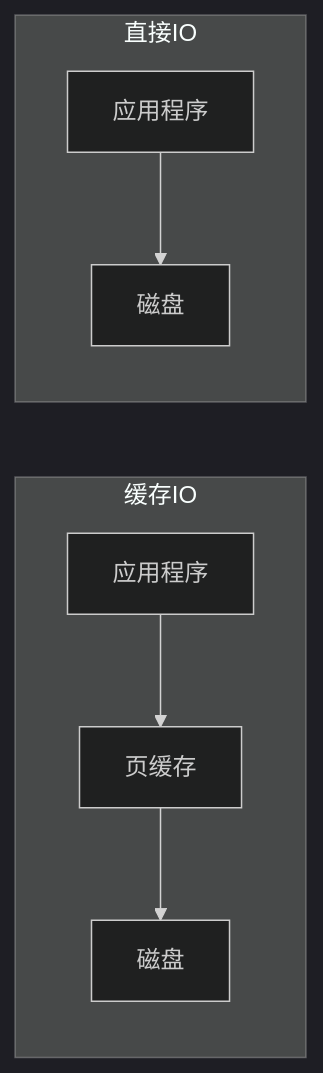
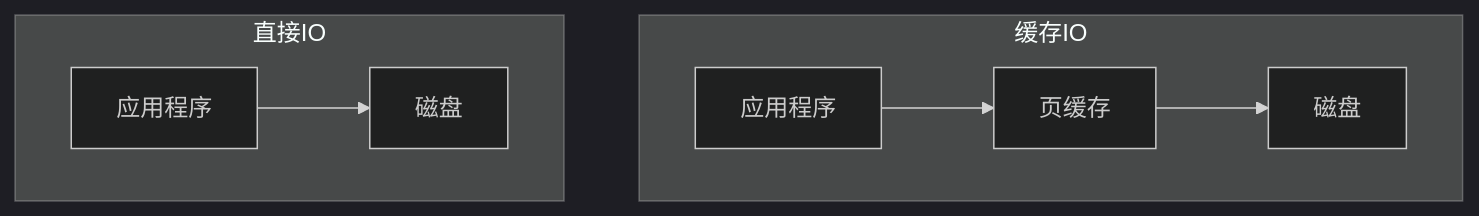
Before and after one commit to jpixy/jpixy.github.io: the eighth of 12 diagrams in content/articles/linux/linux-29-内核面试题-文件系统与VFS.md, drawn with Mermaid (dark theme). The commit also changed other lines of this file and 51 other files, not shown here.

First line of the commit message:
feat: add 19 Linux tool deep-dive articles and fix Mermaid layouts

````diff
--- a/content/articles/linux/linux-29-内核面试题-文件系统与VFS.md
+++ b/content/articles/linux/linux-29-内核面试题-文件系统与VFS.md
@@ -615,10 +615,11 @@
 ```mermaid
-graph LR
+graph TB
     subgraph 缓存IO
-        APP1["应用程序"] --> PC1["页缓存"] --> DISK1["磁盘"]
+        APP1["应用程序"] --> PC1["页缓存"]
+        PC1 --> DISK1["磁盘"]
     end
     
     subgraph 直接IO
         APP2["应用程序"] --> DISK2["磁盘"]
     end
 ```
````
